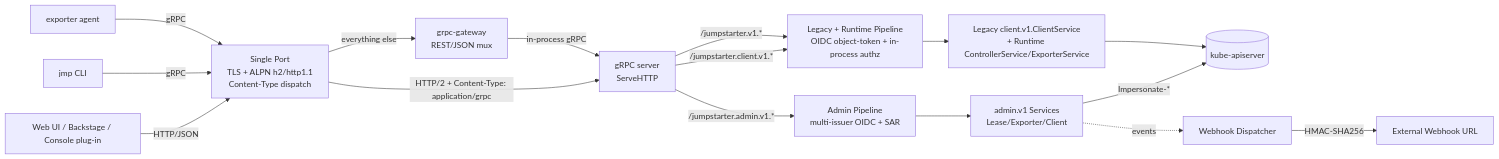
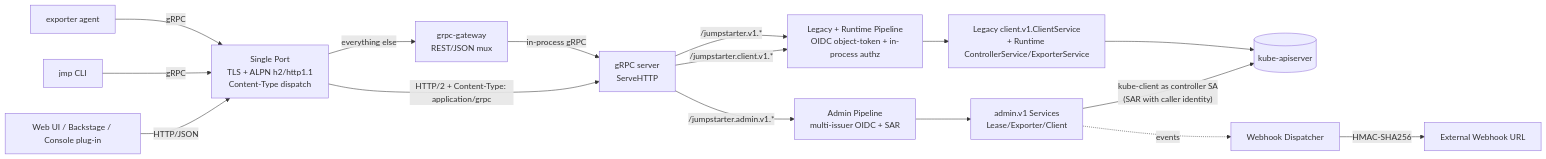
One commit to jumpstarter-dev/jumpstarter changed the diagram in python/docs/source/internal/jeps/JEP-0014-admin-api.md. Above: the diagram before and after it, drawn with Mermaid. The commit also changed other lines of this file, not shown here.

````diff
--- a/python/docs/source/internal/jeps/JEP-0014-admin-api.md
+++ b/python/docs/source/internal/jeps/JEP-0014-admin-api.md
@@ -821,32 +1109,32 @@
 ```{mermaid}
 flowchart LR
   Browser[Web UI / Backstage / Console plug-in]
   CLI[jmp CLI]
   Exporter[exporter agent]
   Listener[Single Port<br/>TLS + ALPN h2/http1.1<br/>Content-Type dispatch]
   REST[grpc-gateway<br/>REST/JSON mux]
   Grpc[gRPC server<br/>ServeHTTP]
   MgmtAuth[Admin Pipeline<br/>multi-issuer OIDC + SAR]
   RuntimeAuth[Legacy + Runtime Pipeline<br/>OIDC object-token + in-process authz]
   Mgmt[admin.v1 Services<br/>Lease/Exporter/Client]
   Runtime[Legacy client.v1.ClientService<br/>+ Runtime ControllerService/ExporterService]
   KAS[(kube-apiserver)]
   WH[Webhook Dispatcher]
   Ext[External Webhook URL]
 
   Browser -- HTTP/JSON --> Listener
   CLI -- gRPC --> Listener
   Exporter -- gRPC --> Listener
   Listener -- "HTTP/2 + Content-Type: application/grpc" --> Grpc
   Listener -- "everything else" --> REST
   REST -- in-process gRPC --> Grpc
   Grpc -- /jumpstarter.admin.v1.* --> MgmtAuth
   Grpc -- /jumpstarter.client.v1.* --> RuntimeAuth
   Grpc -- /jumpstarter.v1.* --> RuntimeAuth
   MgmtAuth --> Mgmt
   RuntimeAuth --> Runtime
-  Mgmt -- Impersonate-* --> KAS
+  Mgmt -- "kube-client as controller SA<br/>(SAR with caller identity)" --> KAS
   Runtime --> KAS
   Mgmt -.events.-> WH
   WH -- HMAC-SHA256 --> Ext
 ```
````
